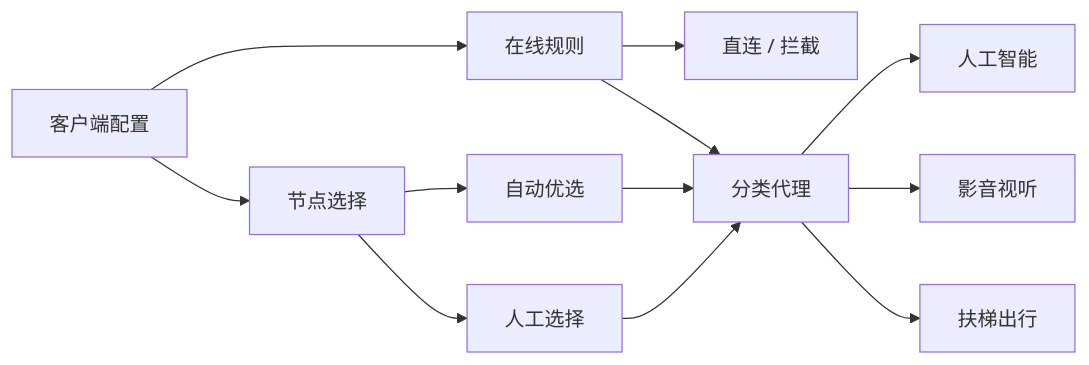
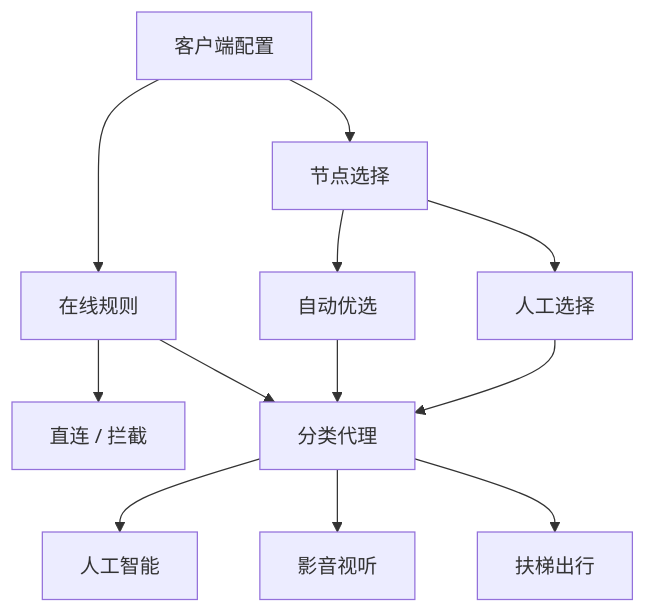
Before and after one commit to Akaspyrean/external: the diagram in README.md, drawn with Mermaid. The commit also changed other lines of this file, not shown here.

````diff
--- a/README.md
+++ b/README.md
@@ -15,18 +15,20 @@
 ```mermaid
-flowchart LR
-    A[客户端配置] --> B[在线规则]
-    A --> C[节点选择]
+flowchart TB
+    A[客户端配置]
 
-    C --> D[自动优选]
-    C --> E[人工选择]
+    A --> B[节点选择]
+    A --> C[在线规则]
 
-    B --> F[直连 / 拦截]
-    B --> G[分类代理]
+    B --> D[自动优选]
+    B --> E[人工选择]
+
+    C --> F[直连 / 拦截]
+    C --> G[分类代理]
 
     D --> G
     E --> G
 
     G --> H[人工智能]
     G --> I[影音视听]
     G --> J[扶梯出行]
 ```
````
